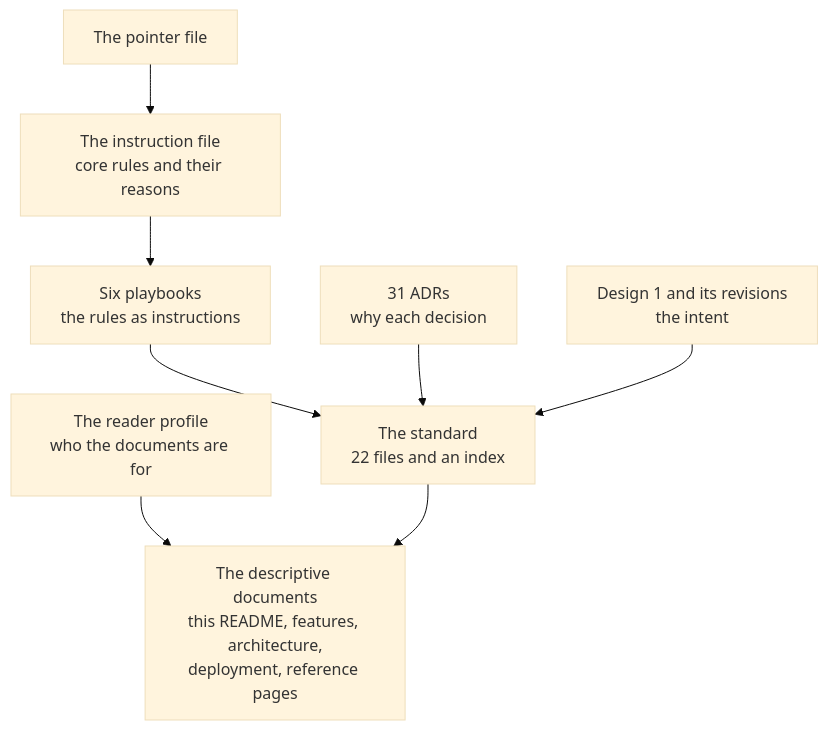
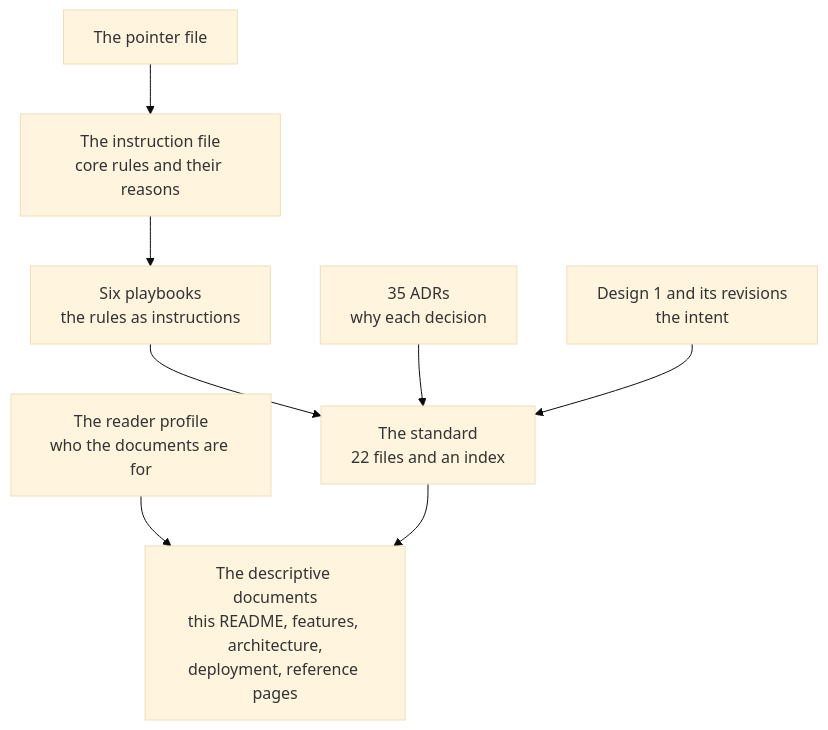
Before and after one commit to chandanbsd/baseline-framework: the second of 3 diagrams in README.md, drawn with Mermaid (base theme). The commit also changed other lines of this file and 31 other files, not shown here.

````diff
--- a/README.md
+++ b/README.md
@@ -19,10 +19,10 @@
 ```mermaid
 flowchart TB
     CL["The pointer file"] --> AG["The instruction file<br/>core rules and their reasons"]
     AG --> PB["Six playbooks<br/>the rules as instructions"]
     PB --> ST["The standard<br/>22 files and an index"]
-    ADR["31 ADRs<br/>why each decision"] --> ST
+    ADR["35 ADRs<br/>why each decision"] --> ST
     SP["Design 1 and its revisions<br/>the intent"] --> ST
     RP["The reader profile<br/>who the documents are for"] --> DOC["The descriptive documents<br/>this README, features, architecture,<br/>deployment, reference pages"]
     ST --> DOC
 ```
````
